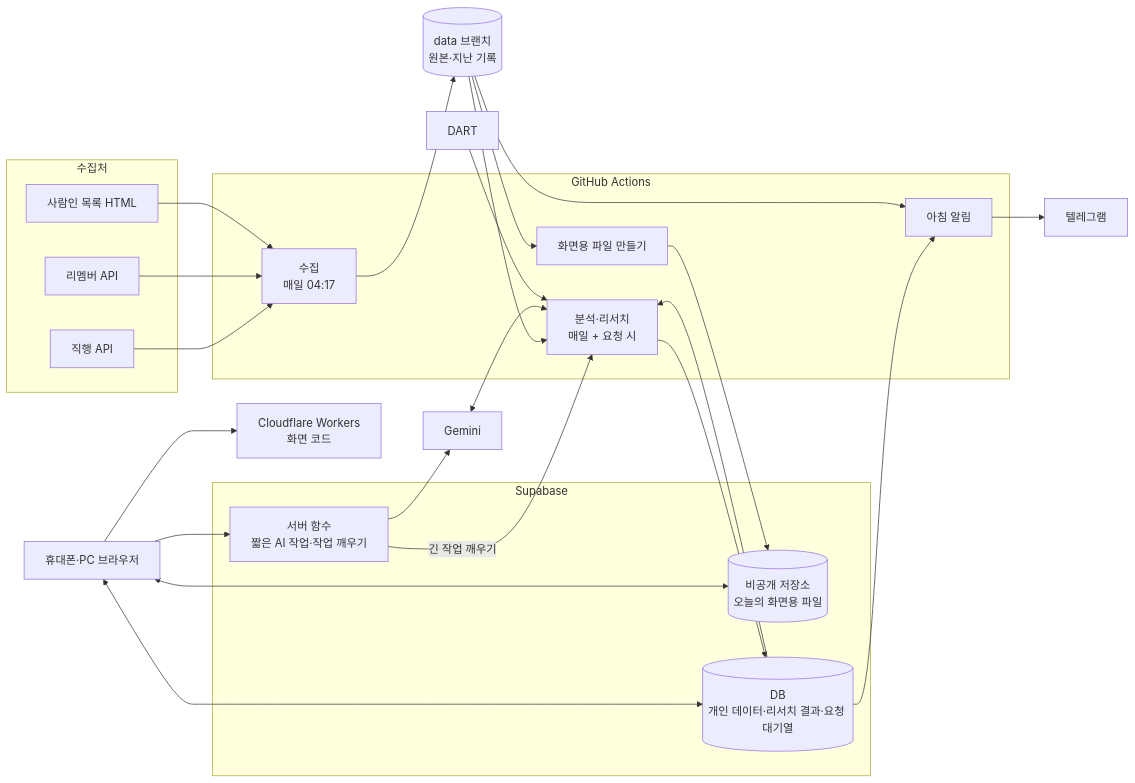
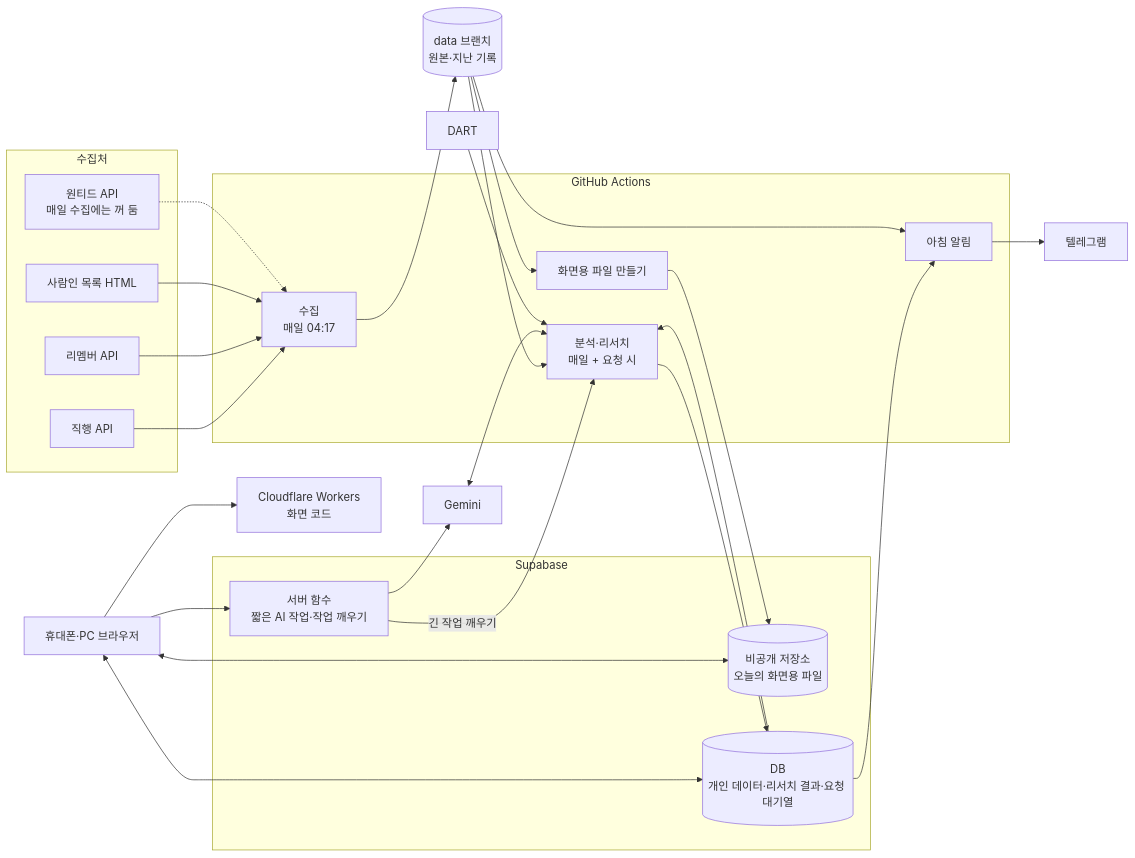
The diagram in docs/architecture.md (GIT-SUNGWONCHO/job_posting), drawn with Mermaid before and after one commit. The commit also changed 27 other files, not shown here.

````diff
--- a/docs/architecture.md
+++ b/docs/architecture.md
@@ -9,45 +9,47 @@
 ```mermaid
 flowchart LR
   subgraph 수집처
     Z[직행 API]
     R[리멤버 API]
     S[사람인 목록 HTML]
+    W[원티드 API<br/>매일 수집에는 꺼 둠]
   end
   subgraph GitHub Actions
     C[수집<br/>매일 04:17]
     A[분석·리서치<br/>매일 + 요청 시]
     B[화면용 파일 만들기]
     K[아침 알림]
   end
   D[(data 브랜치<br/>원본·지난 기록)]
   subgraph Supabase
     ST[(비공개 저장소<br/>오늘의 화면용 파일)]
     DB[(DB<br/>개인 데이터·리서치 결과·요청 대기열)]
     F[서버 함수<br/>짧은 AI 작업·작업 깨우기]
   end
   G[Gemini]
   DART[DART]
   P[Cloudflare Workers<br/>화면 코드]
   U[휴대폰·PC 브라우저]
   KT[텔레그램]
 
   Z --> C
   R --> C
   S --> C
+  W -.-> C
   C --> D
   D --> A
   DB --> A
   G <--> A
   DART --> A
   A --> DB
   D --> B --> ST
   U --> P
   U <--> ST
   U <--> DB
   U --> F
   F --> G
   F -- 긴 작업 깨우기 --> A
   DB --> K
   D --> K
   K --> KT
 ```
````
